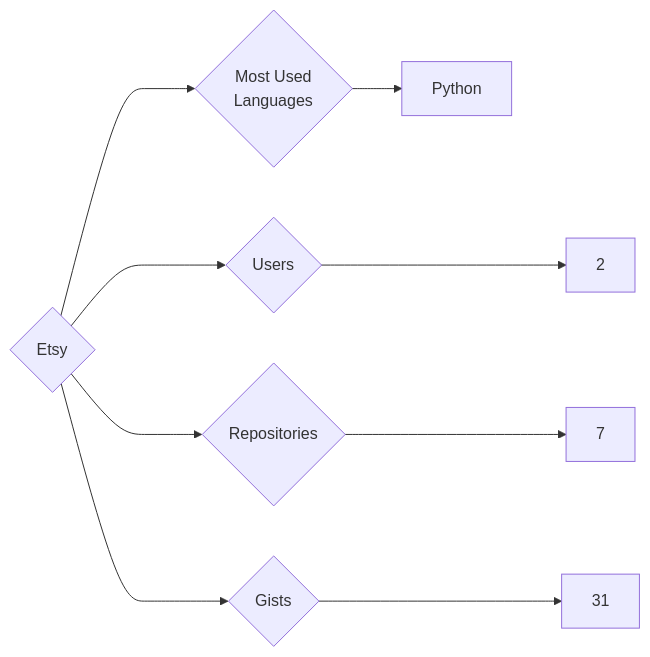
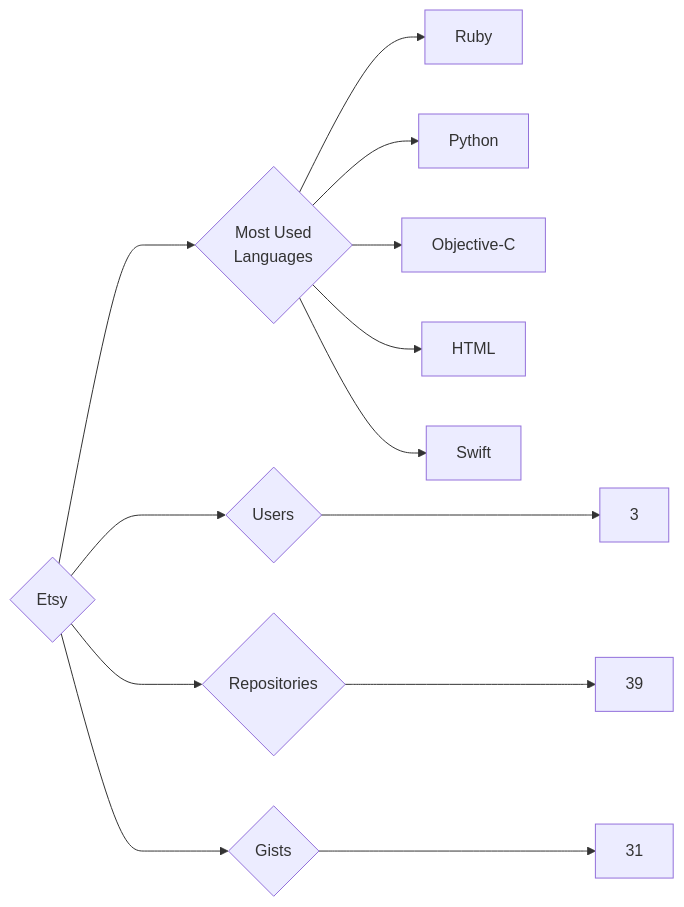
Before and after one commit to trickest/insiders: the diagram in targets/Etsy/README.md, drawn with Mermaid. The commit also changed 724 other files, not shown here.

````diff
--- a/targets/Etsy/README.md
+++ b/targets/Etsy/README.md
@@ -3,9 +3,13 @@
 ```mermaid
 graph LR
 COMPANY_NAME{Etsy}
-COMPANY_NAME ---> U{Users} ---> UN[2]
-COMPANY_NAME ---> R{Repositories} ---> RN[7]
+COMPANY_NAME ---> U{Users} ---> UN[3]
+COMPANY_NAME ---> R{Repositories} ---> RN[39]
 COMPANY_NAME ---> G{Gists} ---> GN[31]
 COMPANY_NAME ---> ML{Most Used<br>Languages}
+ML --> Ruby[Ruby]
 ML --> Python[Python]
+ML --> Objective-C[Objective-C]
+ML --> HTML[HTML]
+ML --> Swift[Swift]
 ```
````
